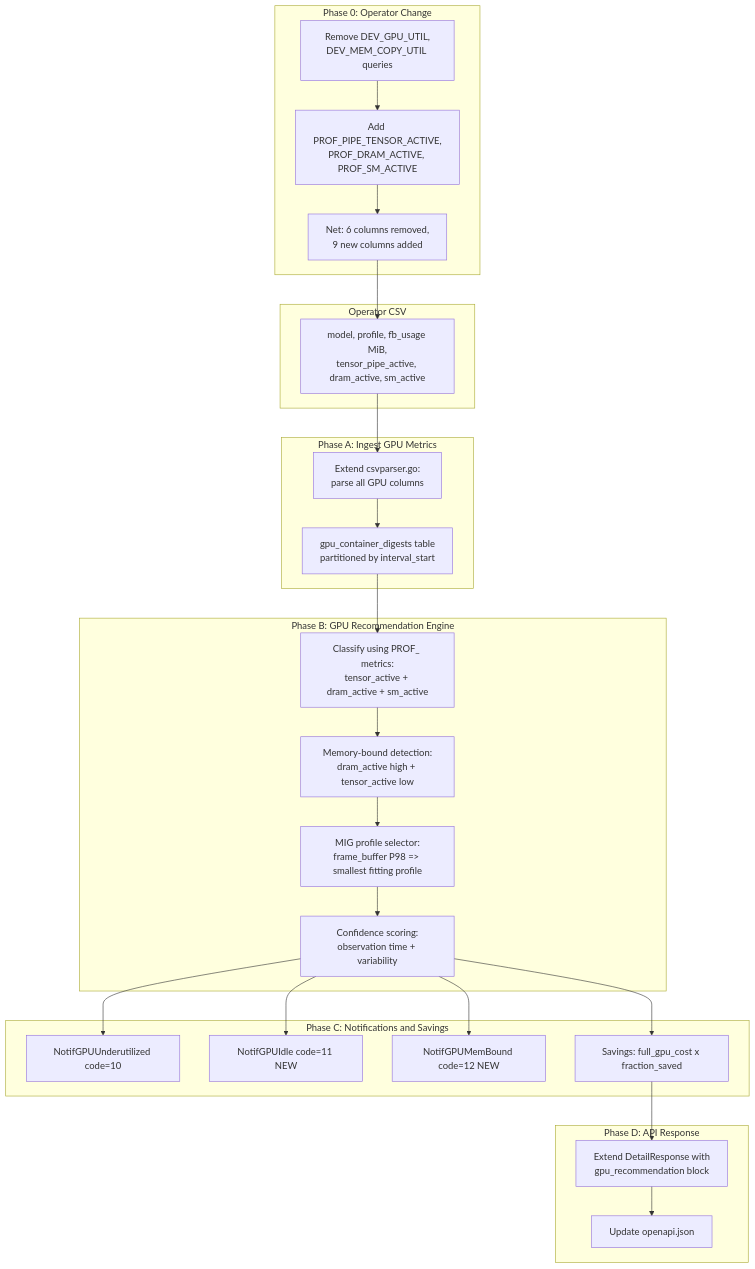
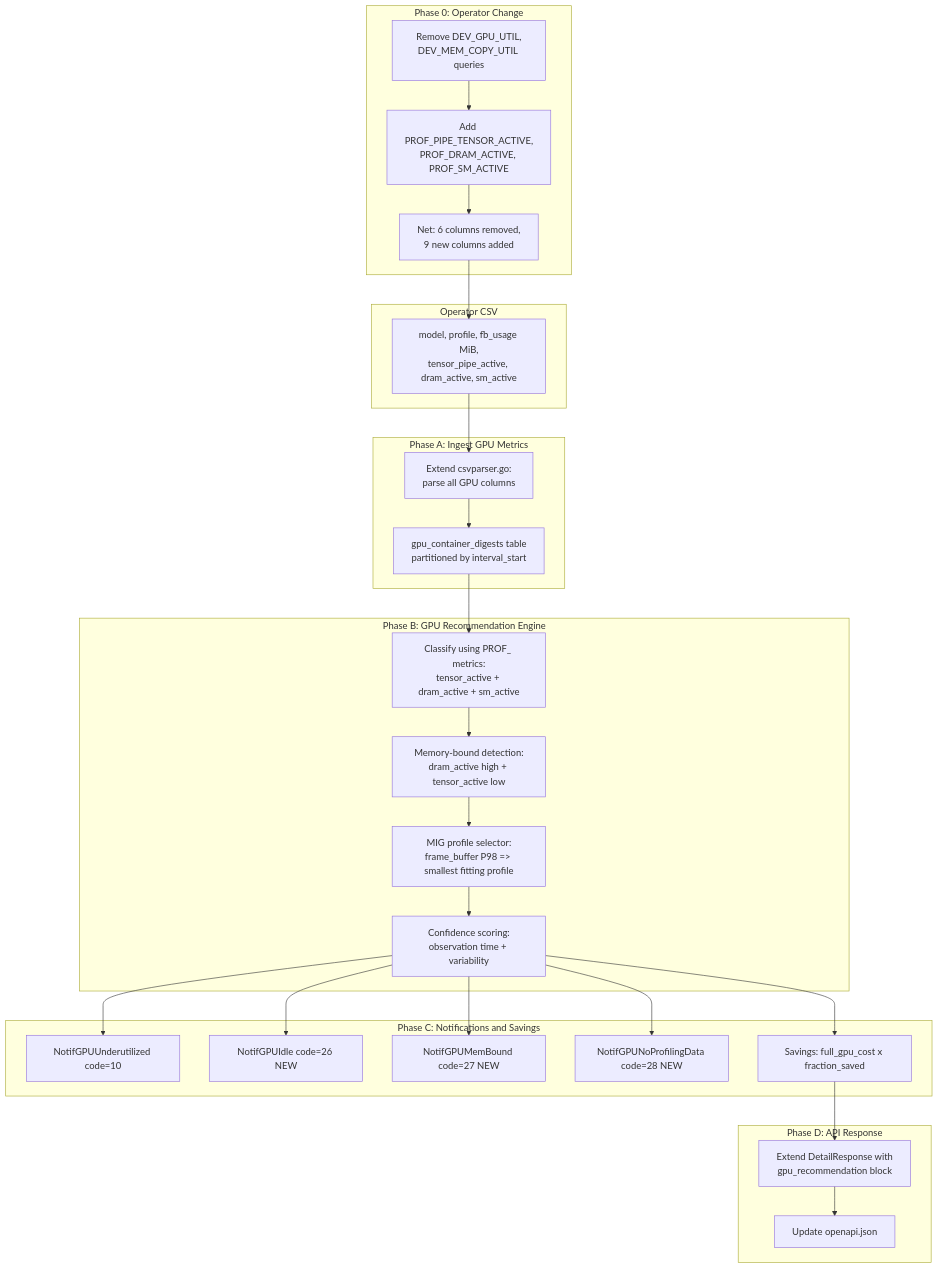
Before and after one commit to pgarciaq/ros-ocp-backend: the diagram in docs/plans/gpu-recommendations.md, drawn with Mermaid. The commit also changed other lines of this file and 9 other files, not shown here.

````diff
--- a/docs/plans/gpu-recommendations.md
+++ b/docs/plans/gpu-recommendations.md
@@ -170,55 +170,56 @@
 ```mermaid
 flowchart TD
     subgraph phase0 [Phase 0: Operator Change]
         RemoveOld["Remove DEV_GPU_UTIL,
 DEV_MEM_COPY_UTIL queries"]
         NewQueries["Add PROF_PIPE_TENSOR_ACTIVE,
 PROF_DRAM_ACTIVE, PROF_SM_ACTIVE"]
         NewCols["Net: 6 columns removed,
 9 new columns added"]
         RemoveOld --> NewQueries --> NewCols
     end
 
     subgraph operatorData [Operator CSV]
         CSV["model, profile, fb_usage MiB,
 tensor_pipe_active, dram_active, sm_active"]
     end
 
     NewCols --> CSV
 
     subgraph phaseA [Phase A: Ingest GPU Metrics]
         Parser["Extend csvparser.go:
 parse all GPU columns"]
         GpuDigest["gpu_container_digests table
 partitioned by interval_start"]
         CSV --> Parser --> GpuDigest
     end
 
     subgraph phaseB [Phase B: GPU Recommendation Engine]
         Classify["Classify using PROF_ metrics:
 tensor_active + dram_active + sm_active"]
         MemBound["Memory-bound detection:
 dram_active high + tensor_active low"]
         MigSelect["MIG profile selector:
 frame_buffer P98 => smallest fitting profile"]
         Confidence["Confidence scoring:
 observation time + variability"]
         GpuDigest --> Classify --> MemBound --> MigSelect --> Confidence
     end
 
     subgraph phaseC [Phase C: Notifications and Savings]
         Notif10["NotifGPUUnderutilized code=10"]
-        Notif11["NotifGPUIdle code=11 NEW"]
-        Notif12["NotifGPUMemBound code=12 NEW"]
+        Notif26["NotifGPUIdle code=26 NEW"]
+        Notif27["NotifGPUMemBound code=27 NEW"]
+        Notif28["NotifGPUNoProfilingData code=28 NEW"]
         SavingsEst["Savings: full_gpu_cost x fraction_saved"]
-        Confidence --> Notif10 & Notif11 & Notif12
+        Confidence --> Notif10 & Notif26 & Notif27 & Notif28
         Confidence --> SavingsEst
     end
 
     subgraph phaseD [Phase D: API Response]
         DetailResp["Extend DetailResponse with
 gpu_recommendation block"]
         OpenAPI["Update openapi.json"]
         SavingsEst --> DetailResp --> OpenAPI
     end
 ```
````
